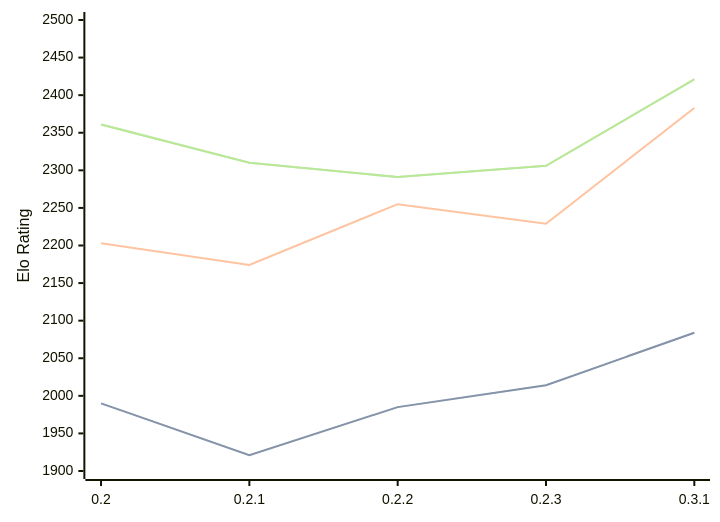
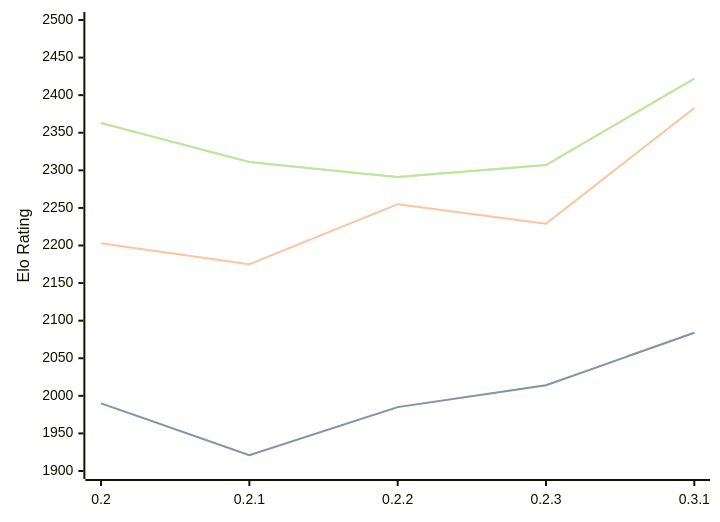
Before and after one commit to computer-chess-index/cci: the diagram in engines/Lolbot.md, drawn with Mermaid. The commit also changed other lines of this file, not shown here.

Commit message:
Update CCI Ratings (ELO VLTC) - 2026-06-11

````diff
--- a/engines/Lolbot.md
+++ b/engines/Lolbot.md
@@ -36,11 +36,11 @@
 ```mermaid
 %%{init: {"theme":"base","themeVariables":{"seriesColors:['#a3a3a3','#222221','#faa371']}}}%%
 xychart-beta
   x-axis ["0.2", "0.2.1", "0.2.2", "0.2.3", "0.3.1"]
   y-axis "Elo Rating" 1900 --> 2500
   line "STC (8.0+0.08s)" [1990, 1921, 1985, 2014, 2084]
   line "STC (8.0+0.08s)" [1990, 1921, 1985, 2014, 2084]
-  line "LTC (60.0+0.60s)" [2203, 2174, 2255, 2229, 2383]
-  line "VLTC (2m24s+1.12s)" [2361, 2310, 2291, 2306, 2421]
-  line "VLTC (2m24s+1.12s)" [2361, 2310, 2291, 2306, 2421]
+  line "LTC (60.0+0.60s)" [2203, 2175, 2255, 2229, 2383]
+  line "VLTC (2m24s+1.12s)" [2363, 2311, 2291, 2307, 2422]
+  line "VLTC (2m24s+1.12s)" [2363, 2311, 2291, 2307, 2422]
 ```
````
